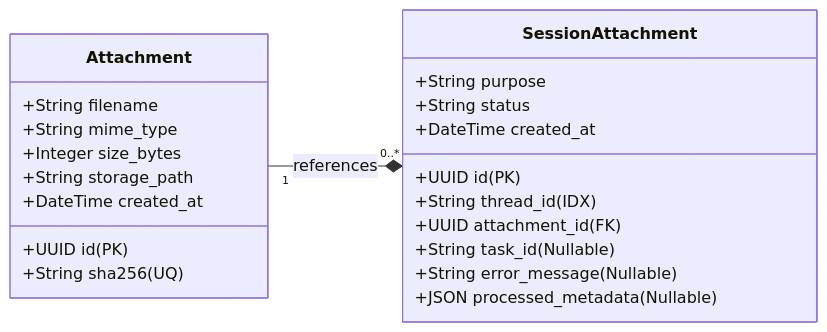
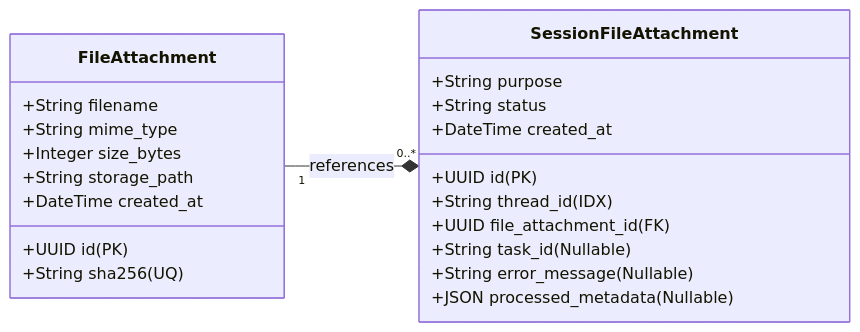
The diagram in docs/references/file_attachment_layer_design.md (mjkimR/rag-proving-ground), drawn with Mermaid before and after one commit. The commit also changed other lines of this file and 19 other files, not shown here.

````diff
--- a/docs/references/file_attachment_layer_design.md
+++ b/docs/references/file_attachment_layer_design.md
@@ -26,25 +26,25 @@
 ```mermaid
 classDiagram
     direction LR
-    class Attachment {
+    class FileAttachment {
         +UUID id (PK)
         +String sha256 (UQ)
         +String filename
         +String mime_type
         +Integer size_bytes
         +String storage_path
         +DateTime created_at
     }
-    class SessionAttachment {
+    class SessionFileAttachment {
         +UUID id (PK)
         +String thread_id (IDX)
-        +UUID attachment_id (FK)
+        +UUID file_attachment_id (FK)
         +String purpose
         +String status
         +String task_id (Nullable)
         +String error_message (Nullable)
         +JSON processed_metadata (Nullable)
         +DateTime created_at
     }
-    Attachment "1" --* "0..*" SessionAttachment : references
+    FileAttachment "1" --* "0..*" SessionFileAttachment : references
 ```
````
